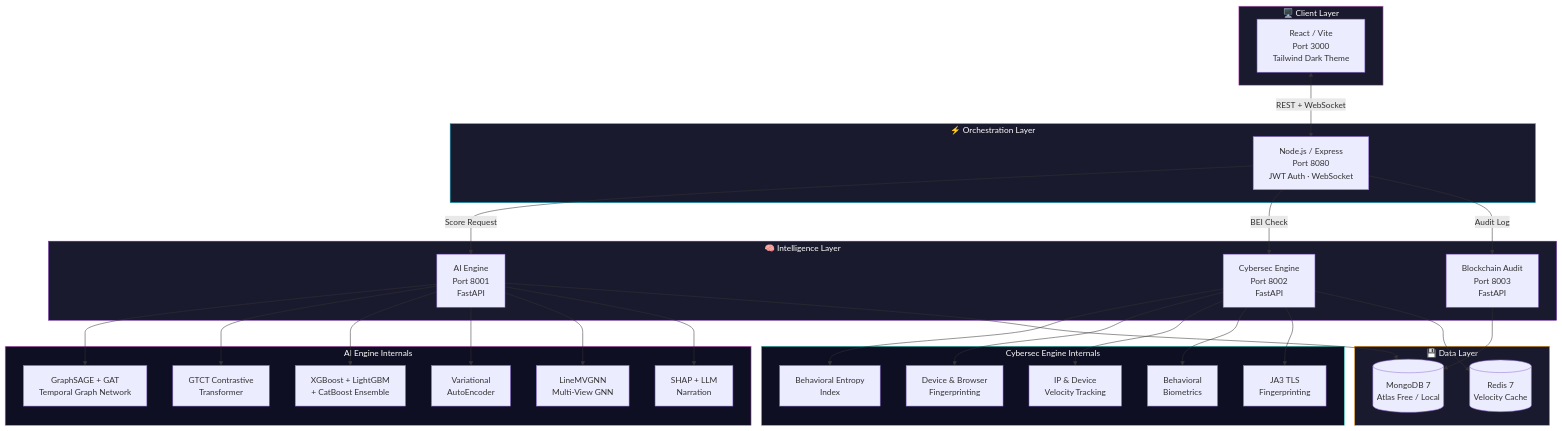
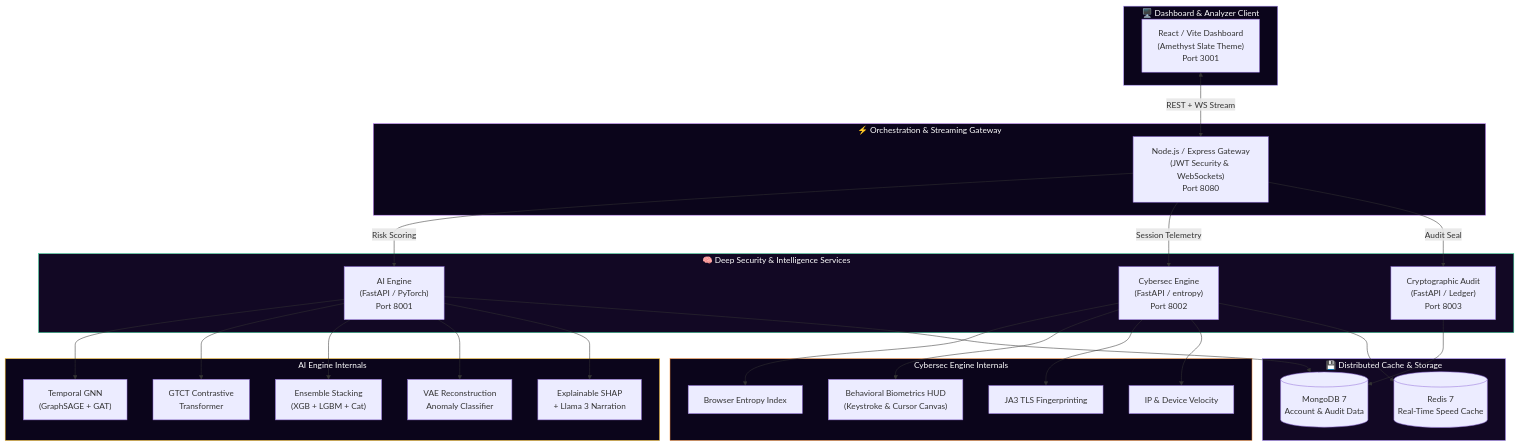
One commit to muskan-khushi/nyxara changed the diagram in readme.MD. Above: the diagram before and after it, drawn with Mermaid. The commit also changed other lines of this file and 2 other files, not shown here.

````diff
--- a/readme.MD
+++ b/readme.MD
@@ -128,55 +78,53 @@
 ```mermaid
 graph TB
-    subgraph Client["🖥️ Client Layer"]
-        FE["React / Vite<br/>Port 3000<br/>Tailwind Dark Theme"]
+    subgraph Client["🖥️ Dashboard & Analyzer Client"]
+       FE["React / Vite Dashboard<br/>(Amethyst Slate Theme)<br/>Port 3001"]
     end
 
-    subgraph Orchestration["⚡ Orchestration Layer"]
-        BE["Node.js / Express<br/>Port 8080<br/>JWT Auth · WebSocket"]
+    subgraph Gateway["⚡ Orchestration & Streaming Gateway"]
+        BE["Node.js / Express Gateway<br/>(JWT Security & WebSockets)<br/>Port 8080"]
     end
 
-    subgraph Intelligence["🧠 Intelligence Layer"]
-        AI["AI Engine<br/>Port 8001<br/>FastAPI"]
-        CS["Cybersec Engine<br/>Port 8002<br/>FastAPI"]
-        BC["Blockchain Audit<br/>Port 8003<br/>FastAPI"]
+    subgraph Engines["🧠 Deep Security & Intelligence Services"]
+        AI["AI Engine<br/>(FastAPI / PyTorch)<br/>Port 8001"]
+        CS["Cybersec Engine<br/>(FastAPI / entropy)<br/>Port 8002"]
+        BC["Cryptographic Audit<br/>(FastAPI / Ledger)<br/>Port 8003"]
     end
 
-    subgraph AIModels["AI Engine Internals"]
-        GNN["GraphSAGE + GAT<br/>Temporal Graph Network"]
+    subgraph CoreAI["AI Engine Internals"]
+        GNN["Temporal GNN<br/>(GraphSAGE + GAT)"]
         GTCT["GTCT Contrastive<br/>Transformer"]
-        ENS["XGBoost + LightGBM<br/>+ CatBoost Ensemble"]
-        VAE["Variational<br/>AutoEncoder"]
-        LMVG["LineMVGNN<br/>Multi-View GNN"]
-        SHAP["SHAP + LLM<br/>Narration"]
+        ENS["Ensemble Stacking<br/>(XGB + LGBM + Cat)"]
+        VAE["VAE Reconstruction<br/>Anomaly Classifier"]
+        SHAP["Explainable SHAP<br/>+ Llama 3 Narration"]
     end
 
-    subgraph CyberModules["Cybersec Engine Internals"]
-        BEI["Behavioral Entropy<br/>Index"]
-        FP["Device & Browser<br/>Fingerprinting"]
-        VEL["IP & Device<br/>Velocity Tracking"]
-        BIO["Behavioral<br/>Biometrics"]
-        JA3["JA3 TLS<br/>Fingerprinting"]
+    subgraph Cyber["Cybersec Engine Internals"]
+        BEI["Browser Entropy Index"]
+        BIO["Behavioral Biometrics HUD<br/>(Keystroke & Cursor Canvas)"]
+        JA3["JA3 TLS Fingerprinting"]
+        VEL["IP & Device Velocity"]
     end
 
-    subgraph Data["💾 Data Layer"]
-        MONGO[("MongoDB 7<br/>Atlas Free / Local")]
-        REDIS[("Redis 7<br/>Velocity Cache")]
+    subgraph DB["💾 Distributed Cache & Storage"]
+        MONGO[("MongoDB 7<br/>Account & Audit Data")]
+        REDIS[("Redis 7<br/>Real-Time Speed Cache")]
     end
 
-    FE <-->|"REST + WebSocket"| BE
-    BE -->|"Score Request"| AI
-    BE -->|"BEI Check"| CS
-    BE -->|"Audit Log"| BC
-    AI --> GNN & GTCT & ENS & VAE & LMVG & SHAP
-    CS --> BEI & FP & VEL & BIO & JA3
+    FE <-->|"REST + WS Stream"| BE
+    BE -->|"Risk Scoring"| AI
+    BE -->|"Session Telemetry"| CS
+    BE -->|"Audit Seal"| BC
+    AI --> GNN & GTCT & ENS & VAE & SHAP
+    CS --> BEI & BIO & JA3 & VEL
     AI --> MONGO
     CS --> REDIS
     BC --> MONGO
 
-    style Client fill:#1a1a2e,stroke:#DA70D6,color:#fff
-    style Orchestration fill:#1a1a2e,stroke:#06B6D4,color:#fff
-    style Intelligence fill:#1a1a2e,stroke:#6B21A8,color:#fff
-    style AIModels fill:#0f0f23,stroke:#DA70D6,color:#fff
-    style CyberModules fill:#0f0f23,stroke:#2DD4BF,color:#fff
-    style Data fill:#1a1a2e,stroke:#F59E0B,color:#fff
+    style Client fill:#0B051B,stroke:#A78BFA,color:#fff
+    style Gateway fill:#0B051B,stroke:#C084FC,color:#fff
+    style Engines fill:#120824,stroke:#34D399,color:#fff
+    style CoreAI fill:#0B051B,stroke:#FBBF24,color:#fff
+    style Cyber fill:#0B051B,stroke:#FB923C,color:#fff
+    style DB fill:#120824,stroke:#A78BFA,color:#fff
 ```
````
